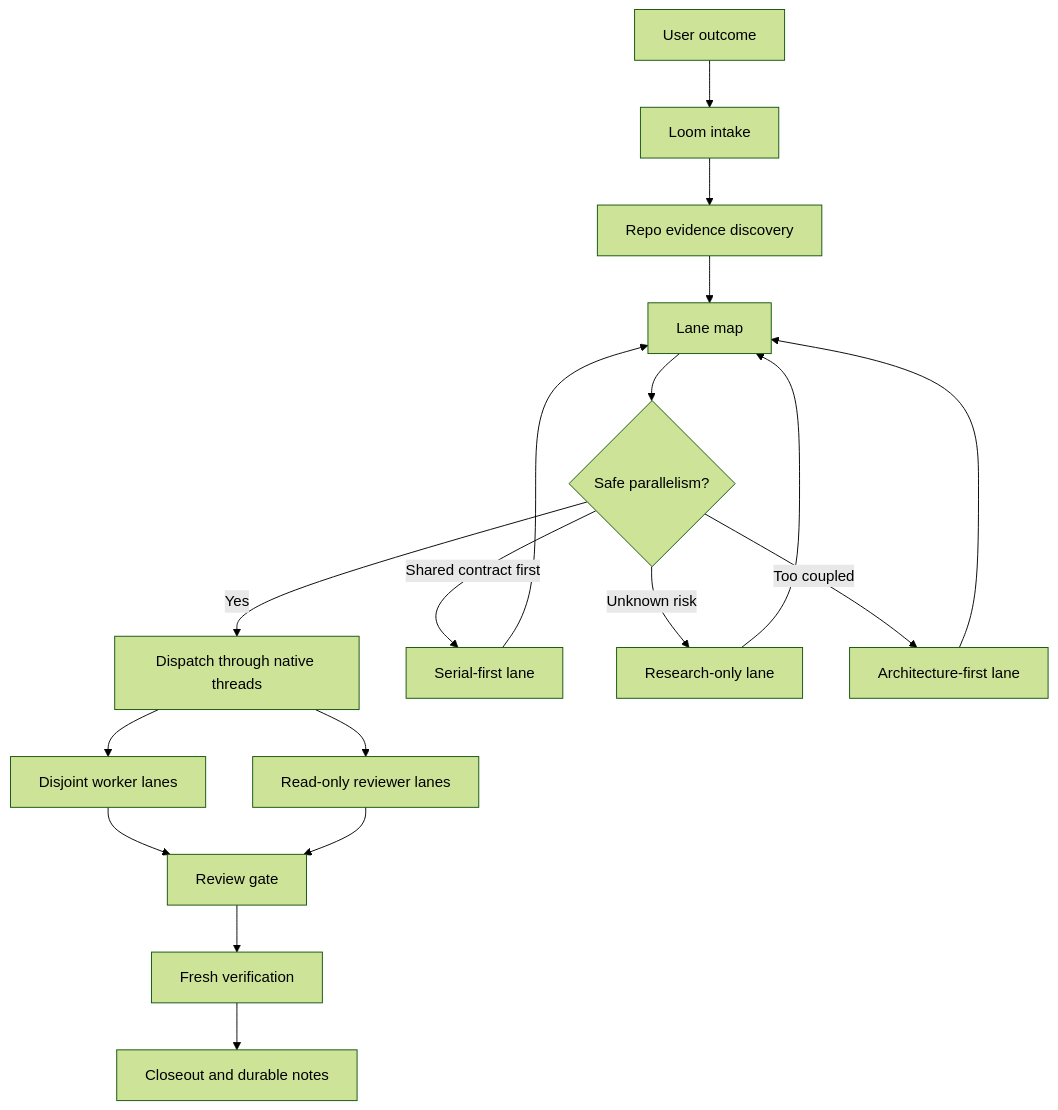
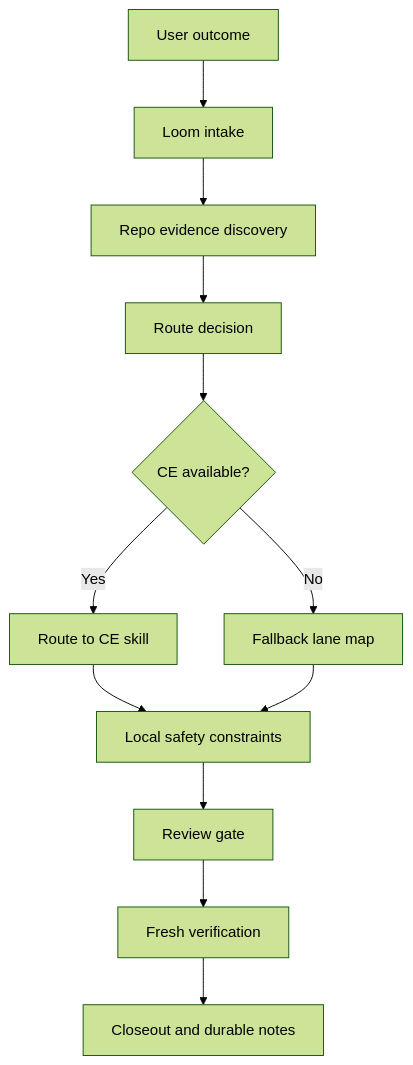
The second of 2 diagrams in README.md (Latias94/dev-skills), drawn with Mermaid (forest theme) before and after one commit. The commit also changed other lines of this file and 17 other files, not shown here.

Commit message:
feat(skills): route workflows through compound engineering

````diff
--- a/README.md
+++ b/README.md
@@ -80,20 +80,14 @@
 ```mermaid
 flowchart TD
     A[User outcome] --> B[Loom intake]
     B --> C[Repo evidence discovery]
-    C --> D[Lane map]
-    D --> E{Safe parallelism?}
-    E -->|Yes| F[Dispatch through native threads]
-    E -->|Shared contract first| G[Serial-first lane]
-    E -->|Unknown risk| H[Research-only lane]
-    E -->|Too coupled| I[Architecture-first lane]
-    G --> D
-    H --> D
-    I --> D
-    F --> J[Disjoint worker lanes]
-    F --> K[Read-only reviewer lanes]
-    J --> L[Review gate]
-    K --> L
-    L --> M[Fresh verification]
-    M --> N[Closeout and durable notes]
+    C --> D[Route decision]
+    D --> E{CE available?}
+    E -->|Yes| F[Route to CE skill]
+    E -->|No| G[Fallback lane map]
+    F --> H[Local safety constraints]
+    G --> H
+    H --> I[Review gate]
+    I --> J[Fresh verification]
+    J --> K[Closeout and durable notes]
 ```
````
